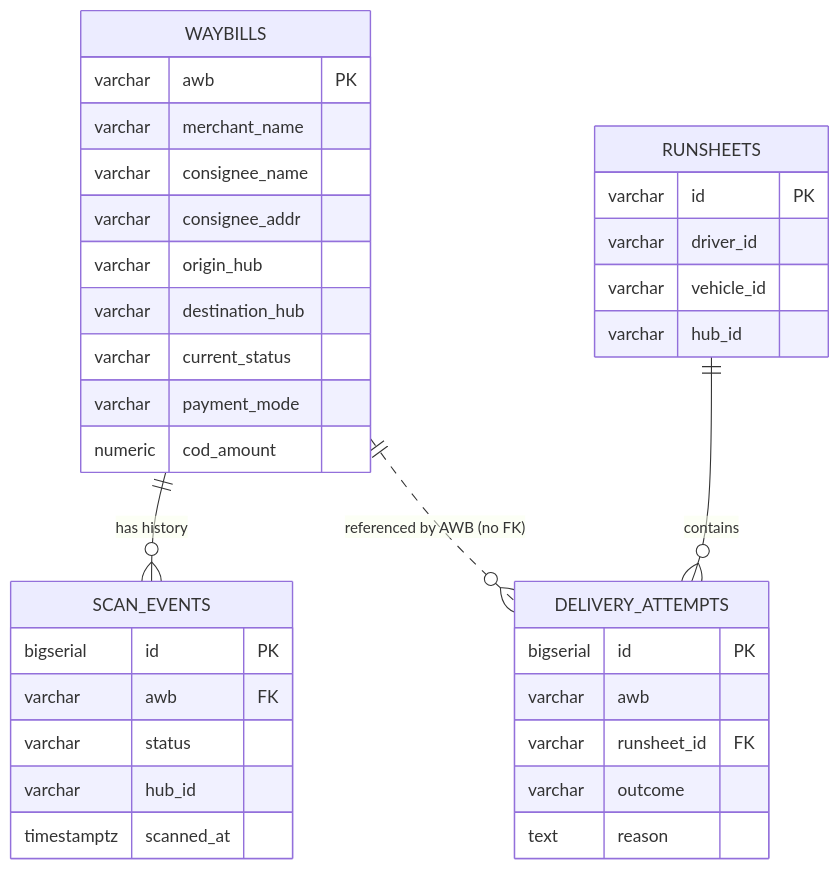
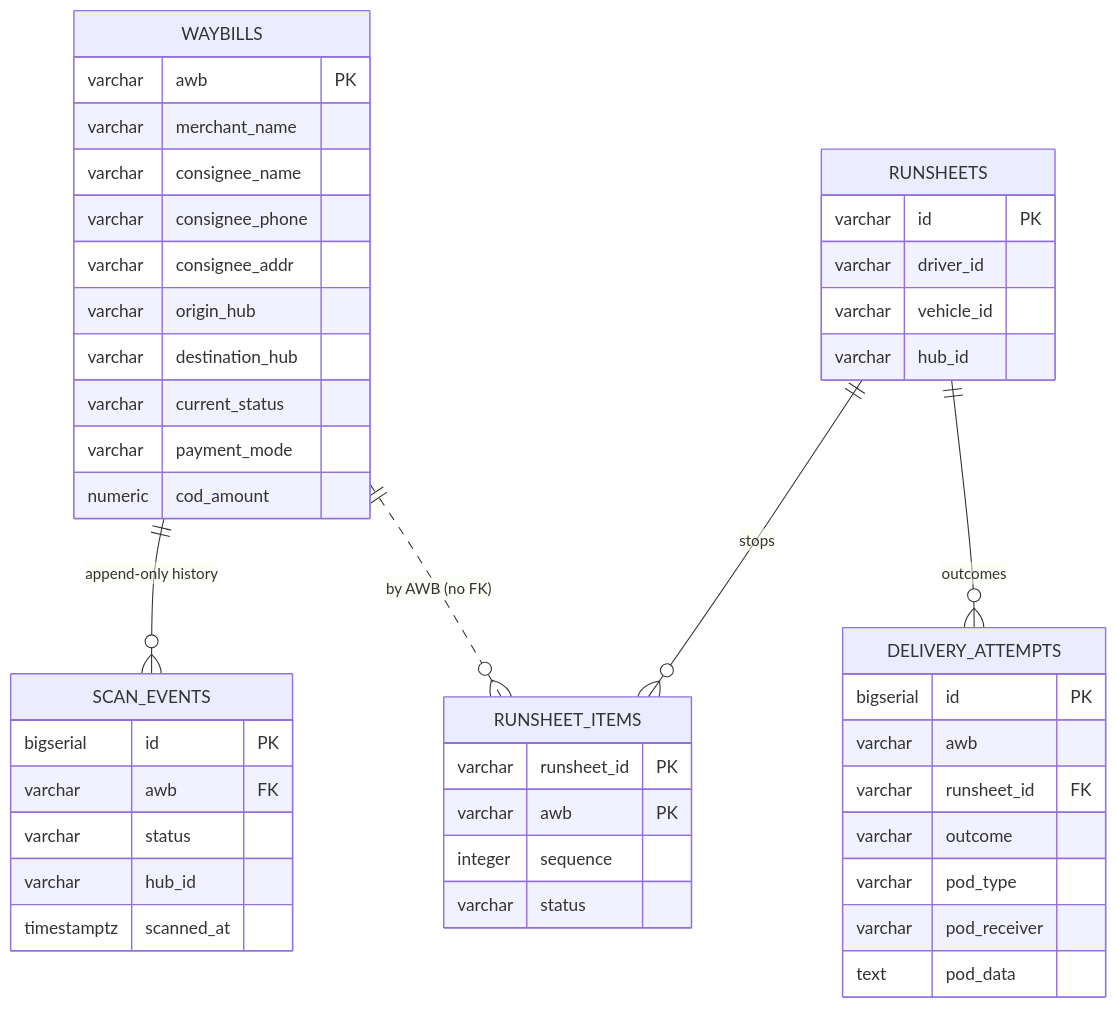
One commit to shashu775/fleetpulse changed the second of 10 diagrams in docs/FleetPulse-Architecture.md. Above: the diagram before and after it, drawn with Mermaid. The commit also changed other lines of this file and 40 other files, not shown here.

````diff
--- a/docs/FleetPulse-Architecture.md
+++ b/docs/FleetPulse-Architecture.md
@@ -85,38 +114,48 @@
 ```mermaid
 erDiagram
-    WAYBILLS ||--o{ SCAN_EVENTS : "has history"
-    RUNSHEETS ||--o{ DELIVERY_ATTEMPTS : "contains"
-    WAYBILLS ||..o{ DELIVERY_ATTEMPTS : "referenced by AWB (no FK)"
+    WAYBILLS ||--o{ SCAN_EVENTS : "append-only history"
+    RUNSHEETS ||--o{ RUNSHEET_ITEMS : "stops"
+    RUNSHEETS ||--o{ DELIVERY_ATTEMPTS : "outcomes"
+    WAYBILLS ||..o{ RUNSHEET_ITEMS : "by AWB (no FK)"
 
     WAYBILLS {
         varchar awb PK
         varchar merchant_name
         varchar consignee_name
+        varchar consignee_phone
         varchar consignee_addr
         varchar origin_hub
         varchar destination_hub
         varchar current_status
         varchar payment_mode
         numeric cod_amount
     }
     SCAN_EVENTS {
         bigserial id PK
         varchar awb FK
         varchar status
         varchar hub_id
         timestamptz scanned_at
     }
     RUNSHEETS {
         varchar id PK
         varchar driver_id
         varchar vehicle_id
         varchar hub_id
     }
+    RUNSHEET_ITEMS {
+        varchar runsheet_id PK
+        varchar awb PK
+        integer sequence
+        varchar status
+    }
     DELIVERY_ATTEMPTS {
         bigserial id PK
         varchar awb
         varchar runsheet_id FK
         varchar outcome
-        text reason
+        varchar pod_type
+        varchar pod_receiver
+        text pod_data
     }
 ```
````
